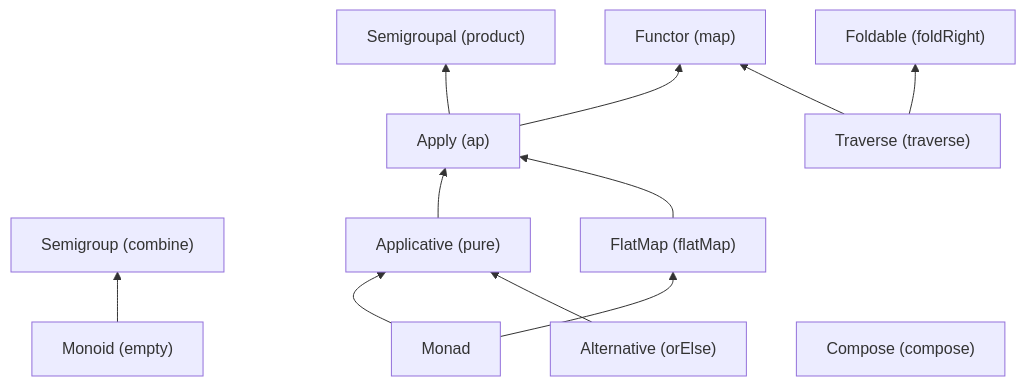
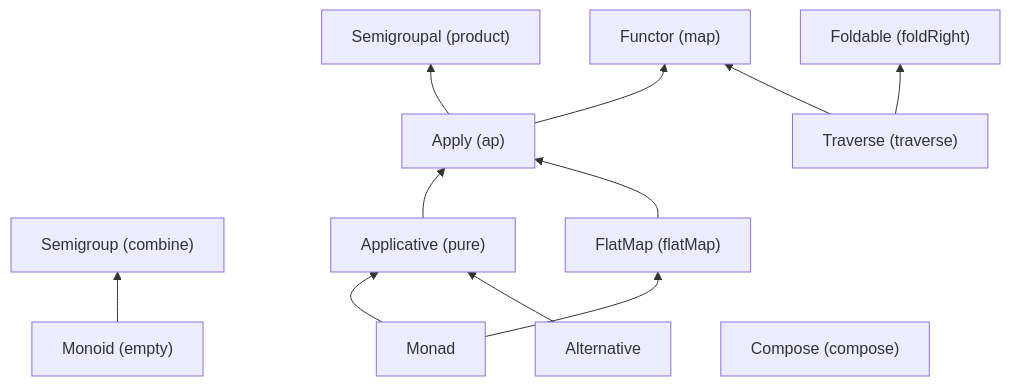
One commit to lamdalib/kuram changed the first of 3 diagrams in README.md. Above: the diagram before and after it, drawn with Mermaid. The commit also changed other lines of this file, not shown here.

````diff
--- a/README.md
+++ b/README.md
@@ -135,36 +135,36 @@
 ```mermaid
 flowchart BT
     %% Typeclasses
         Semigroup["Semigroup (combine)"]
         Monoid["Monoid (empty)"]
 
         Monad["Monad"]
 
-        Alternative["Alternative (orElse)"]
+        Alternative["Alternative"]
 
         Applicative["Applicative (pure)"]
         FlatMap["FlatMap (flatMap)"]
 
         Apply["Apply (ap)"]
 
         Semigroupal["Semigroupal (product)"]
         Functor["Functor (map)"]
 
         Compose["Compose (compose)"]
         Foldable["Foldable (foldRight)"]
         Traverse["Traverse (traverse)"]
     %% %
 
 
 
     %% Relations
         Monoid --> Semigroup
 
         Monad --> Applicative & FlatMap --> Apply --> Semigroupal & Functor
         Alternative --> Applicative
 
         Traverse --> Foldable & Functor
 
         Compose
     %% %
 ```
````
